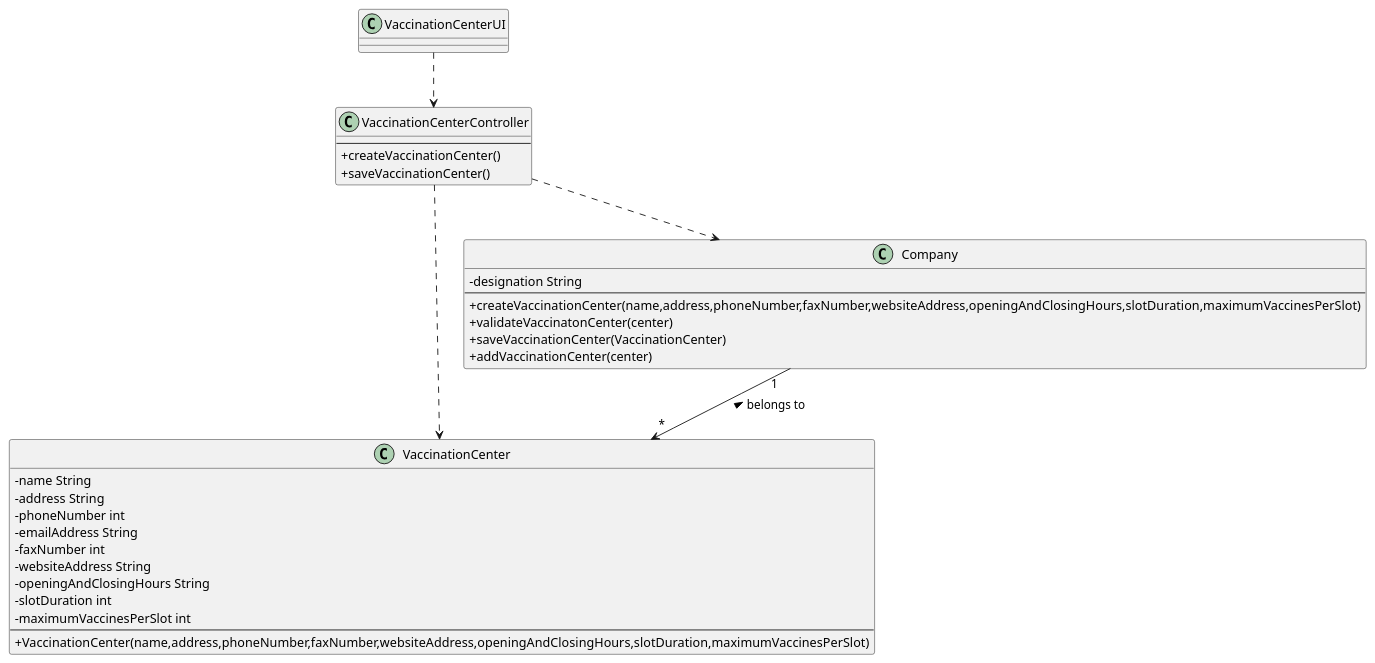
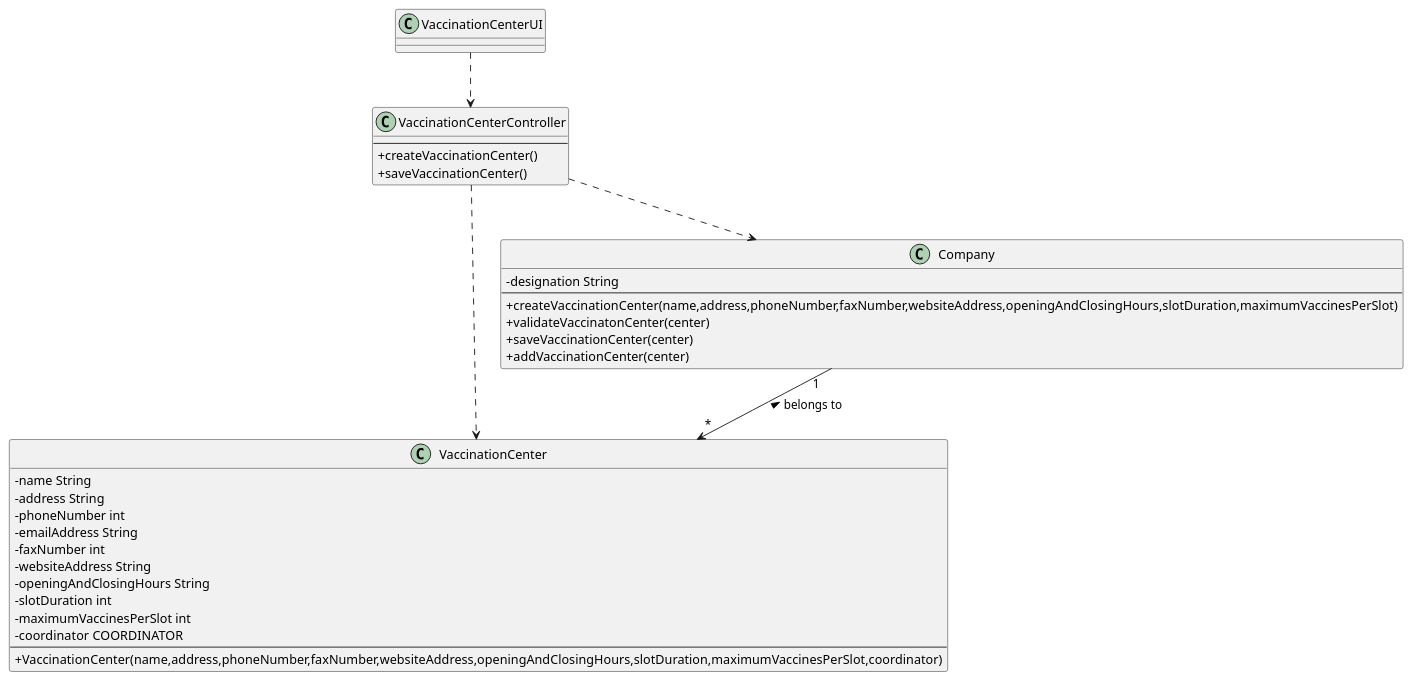
The diagram in docs/SprintB/US09/CD/US09_CD.puml (miseEnPlace-i/lapr2), drawn with PlantUML before and after one commit. The commit also changed 1 other file, not shown here.

```diff
--- a/docs/SprintB/US09/CD/US09_CD.puml
+++ b/docs/SprintB/US09/CD/US09_CD.puml
@@ -1,41 +1,42 @@
 @startuml US09_CD
 skinparam classAttributeIconSize 0
 
 class VaccinationCenter {
   - name String
   - address String
   - phoneNumber int
   - emailAddress String
   - faxNumber int
   - websiteAddress String
   - openingAndClosingHours String
   - slotDuration int
   - maximumVaccinesPerSlot int
+  - coordinator COORDINATOR
   ---
- +VaccinationCenter(name,address,phoneNumber,faxNumber,websiteAddress,openingAndClosingHours,slotDuration,maximumVaccinesPerSlot)
+ +VaccinationCenter(name,address,phoneNumber,faxNumber,websiteAddress,openingAndClosingHours,slotDuration,maximumVaccinesPerSlot,coordinator)
 }
 
 
 class Company {
   -designation String
   ---
   +createVaccinationCenter(name,address,phoneNumber,faxNumber,websiteAddress,openingAndClosingHours,slotDuration,maximumVaccinesPerSlot)
   +validateVaccinatonCenter(center)
-  +saveVaccinationCenter(VaccinationCenter)
+  +saveVaccinationCenter(center)
   +addVaccinationCenter(center)
 }
 
 class VaccinationCenterController {
   ---
   +createVaccinationCenter()
   +saveVaccinationCenter()
 }
 
 class VaccinationCenterUI {}
 
 VaccinationCenterUI ..> VaccinationCenterController
 VaccinationCenterController ..> Company
 Company "1" --> "*" VaccinationCenter : belongs to <
 VaccinationCenterController ..> VaccinationCenter
 
 @enduml
```
